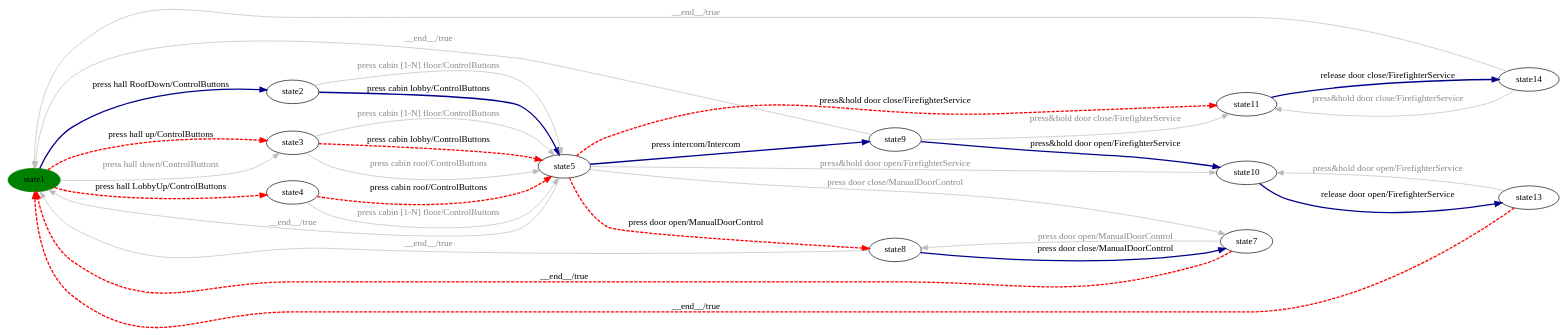
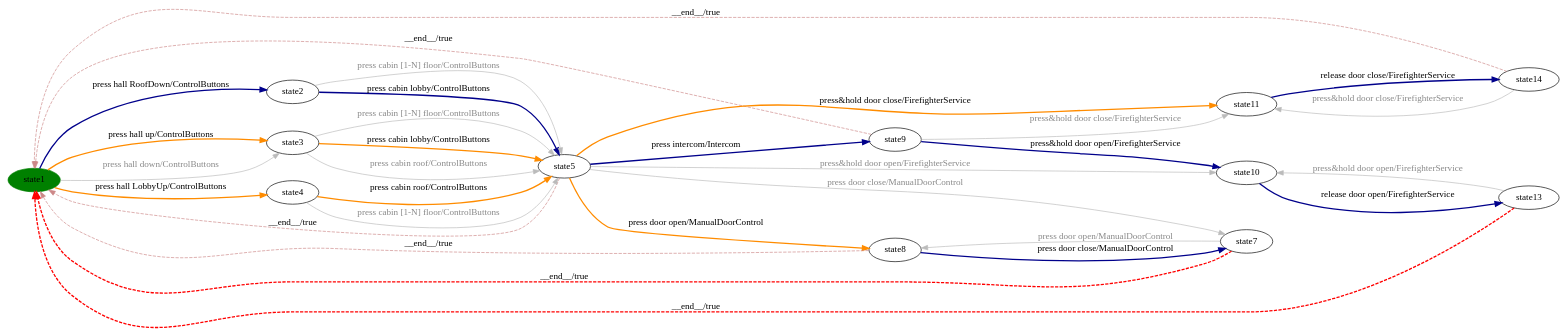
The diagram in milestone-reports/per-product-all-states/Elevator/Elevator-product15-walk.dot (dilekozturk93/vibes), drawn with Graphviz before and after one commit. The commit also changed 152 other files, not shown here.

```diff
--- a/milestone-reports/per-product-all-states/Elevator/Elevator-product15-walk.dot
+++ b/milestone-reports/per-product-all-states/Elevator/Elevator-product15-walk.dot
@@ -1,45 +1,45 @@
 digraph G {
 rankdir=LR;
 state0[ label = "state1", style=filled, color=green ];
 state1 [ label = "state9" ];
 state2 [ label = "state13" ];
 state3 [ label = "state5" ];
 state4 [ label = "state11" ];
 state5 [ label = "state8" ];
 state6 [ label = "state7" ];
 state7 [ label = "state10" ];
 state8 [ label = "state2" ];
 state9 [ label = "state4" ];
 state10 [ label = "state3" ];
 state11 [ label = "state14" ];
 state2 -> state0 [ label=" __end__/true ", style=dashed, color=red, penwidth=2 ];
 state0 -> state8 [ label=" press hall RoofDown/ControlButtons ", style=bold, color=darkblue, penwidth=2 ];
 state3 -> state1 [ label=" press intercom/Intercom ", style=bold, color=darkblue, penwidth=2 ];
-state9 -> state3 [ label=" press cabin roof/ControlButtons ", style=dashed, color=red, penwidth=2 ];
+state9 -> state3 [ label=" press cabin roof/ControlButtons ", style=bold, color=darkorange, penwidth=2 ];
 state2 -> state7 [ label=" press&hold door open/FirefighterService ", color="#bbbbbb", fontcolor="#888888" ];
 state9 -> state3 [ label=" press cabin [1-N] floor/ControlButtons ", color="#bbbbbb", fontcolor="#888888" ];
-state11 -> state0 [ label=" __end__/true ", color="#bbbbbb", fontcolor="#888888" ];
+state11 -> state0 [ label=" __end__/true ", style=dashed, color="#cc8888" ];
 state11 -> state4 [ label=" press&hold door close/FirefighterService ", color="#bbbbbb", fontcolor="#888888" ];
 state1 -> state7 [ label=" press&hold door open/FirefighterService ", style=bold, color=darkblue, penwidth=2 ];
-state3 -> state5 [ label=" press door open/ManualDoorControl ", style=dashed, color=red, penwidth=2 ];
+state3 -> state5 [ label=" press door open/ManualDoorControl ", style=bold, color=darkorange, penwidth=2 ];
 state3 -> state6 [ label=" press door close/ManualDoorControl ", color="#bbbbbb", fontcolor="#888888" ];
 state3 -> state7 [ label=" press&hold door open/FirefighterService ", color="#bbbbbb", fontcolor="#888888" ];
 state6 -> state0 [ label=" __end__/true ", style=dashed, color=red, penwidth=2 ];
 state8 -> state3 [ label=" press cabin lobby/ControlButtons ", style=bold, color=darkblue, penwidth=2 ];
 state10 -> state3 [ label=" press cabin [1-N] floor/ControlButtons ", color="#bbbbbb", fontcolor="#888888" ];
 state1 -> state4 [ label=" press&hold door close/FirefighterService ", color="#bbbbbb", fontcolor="#888888" ];
-state1 -> state0 [ label=" __end__/true ", color="#bbbbbb", fontcolor="#888888" ];
-state0 -> state10 [ label=" press hall up/ControlButtons ", style=dashed, color=red, penwidth=2 ];
+state1 -> state0 [ label=" __end__/true ", style=dashed, color="#cc8888" ];
+state0 -> state10 [ label=" press hall up/ControlButtons ", style=bold, color=darkorange, penwidth=2 ];
 state7 -> state2 [ label=" release door open/FirefighterService ", style=bold, color=darkblue, penwidth=2 ];
 state5 -> state6 [ label=" press door close/ManualDoorControl ", style=bold, color=darkblue, penwidth=2 ];
 state8 -> state3 [ label=" press cabin [1-N] floor/ControlButtons ", color="#bbbbbb", fontcolor="#888888" ];
 state4 -> state11 [ label=" release door close/FirefighterService ", style=bold, color=darkblue, penwidth=2 ];
-state5 -> state0 [ label=" __end__/true ", color="#bbbbbb", fontcolor="#888888" ];
-state10 -> state3 [ label=" press cabin lobby/ControlButtons ", style=dashed, color=red, penwidth=2 ];
+state5 -> state0 [ label=" __end__/true ", style=dashed, color="#cc8888" ];
+state10 -> state3 [ label=" press cabin lobby/ControlButtons ", style=bold, color=darkorange, penwidth=2 ];
 state10 -> state3 [ label=" press cabin roof/ControlButtons ", color="#bbbbbb", fontcolor="#888888" ];
 state6 -> state5 [ label=" press door open/ManualDoorControl ", color="#bbbbbb", fontcolor="#888888" ];
 state0 -> state10 [ label=" press hall down/ControlButtons ", color="#bbbbbb", fontcolor="#888888" ];
-state0 -> state9 [ label=" press hall LobbyUp/ControlButtons ", style=dashed, color=red, penwidth=2 ];
-state3 -> state4 [ label=" press&hold door close/FirefighterService ", style=dashed, color=red, penwidth=2 ];
-state3 -> state0 [ label=" __end__/true ", color="#bbbbbb", fontcolor="#888888" ];
+state0 -> state9 [ label=" press hall LobbyUp/ControlButtons ", style=bold, color=darkorange, penwidth=2 ];
+state3 -> state4 [ label=" press&hold door close/FirefighterService ", style=bold, color=darkorange, penwidth=2 ];
+state3 -> state0 [ label=" __end__/true ", style=dashed, color="#cc8888" ];
 }
```
